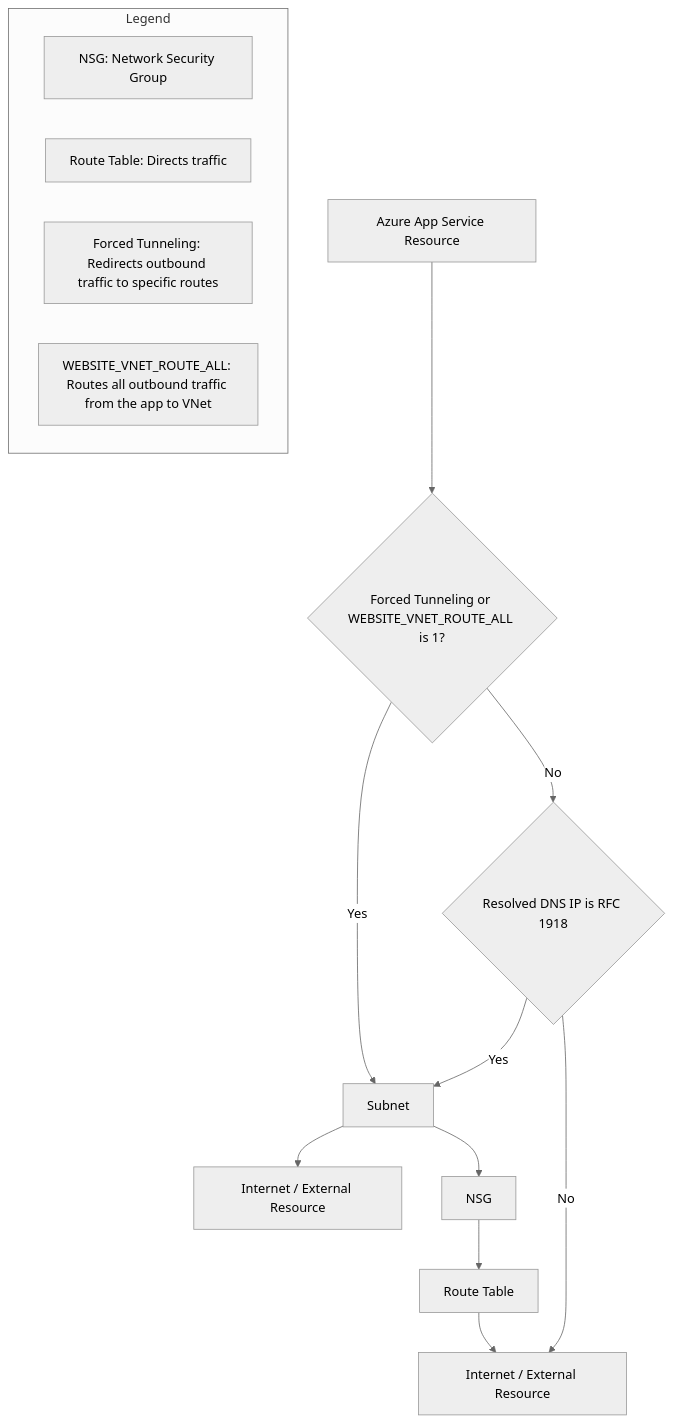
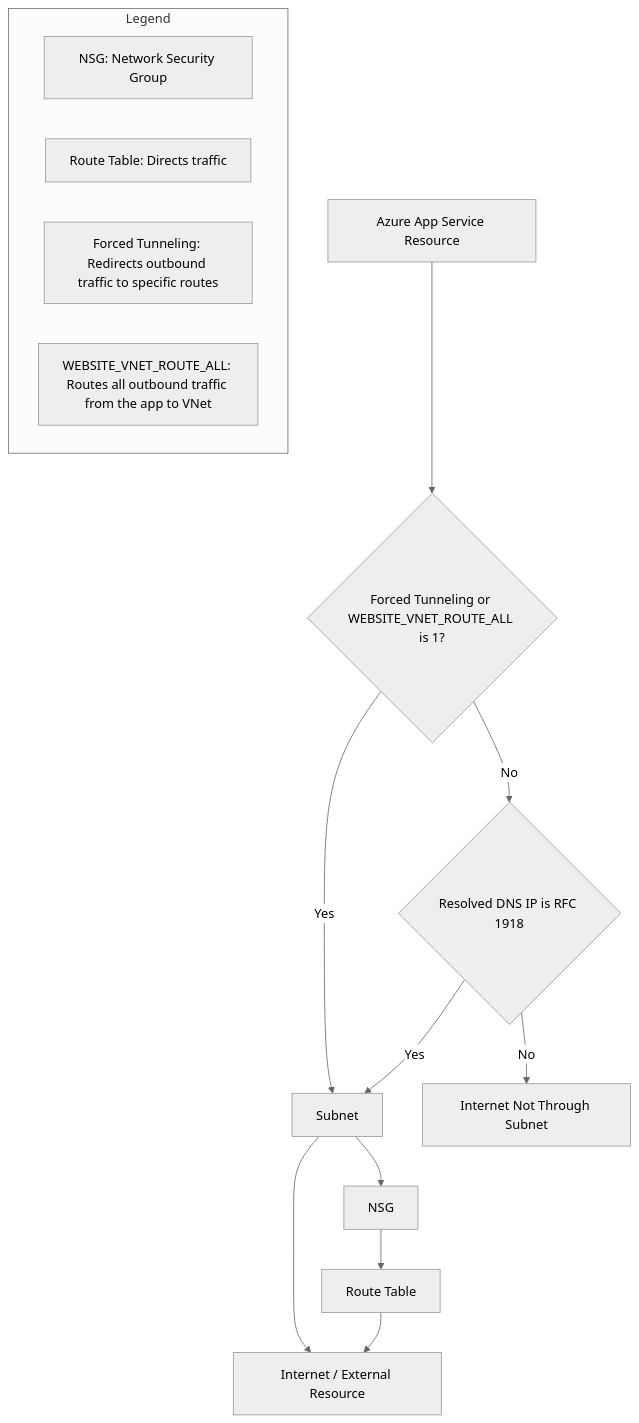
Before and after one commit to matt5689/AzureDeployTest: the diagram in README.md, drawn with Mermaid (neutral theme).

````diff
--- a/README.md
+++ b/README.md
@@ -6,19 +6,19 @@
 ```mermaid
 graph TD
     A[Azure App Service Resource] --> F{Forced Tunneling or WEBSITE_VNET_ROUTE_ALL is 1?}
     F -- Yes --> B[Subnet]
     F -- No --> G{Resolved DNS IP is RFC 1918}
-    G -- Yes --> B[Subnet]--> H[Internet / External Resource]
-    G -- No --> E[Internet Not Through Subnet]
+    G -- Yes --> B[Subnet]--> E[Internet / External Resource]
+    G -- No --> H[Internet Not Through Subnet]
     B --> C[NSG]
     C --> D[Route Table]
     D --> E[Internet / External Resource]
 
     %% Legend
     subgraph Legend
         L1[NSG: Network Security Group]
         L2[Route Table: Directs traffic]
         L3[Forced Tunneling: Redirects outbound traffic to specific routes]
         L4[WEBSITE_VNET_ROUTE_ALL: Routes all outbound traffic from the app to VNet]
     end
 ```
````
